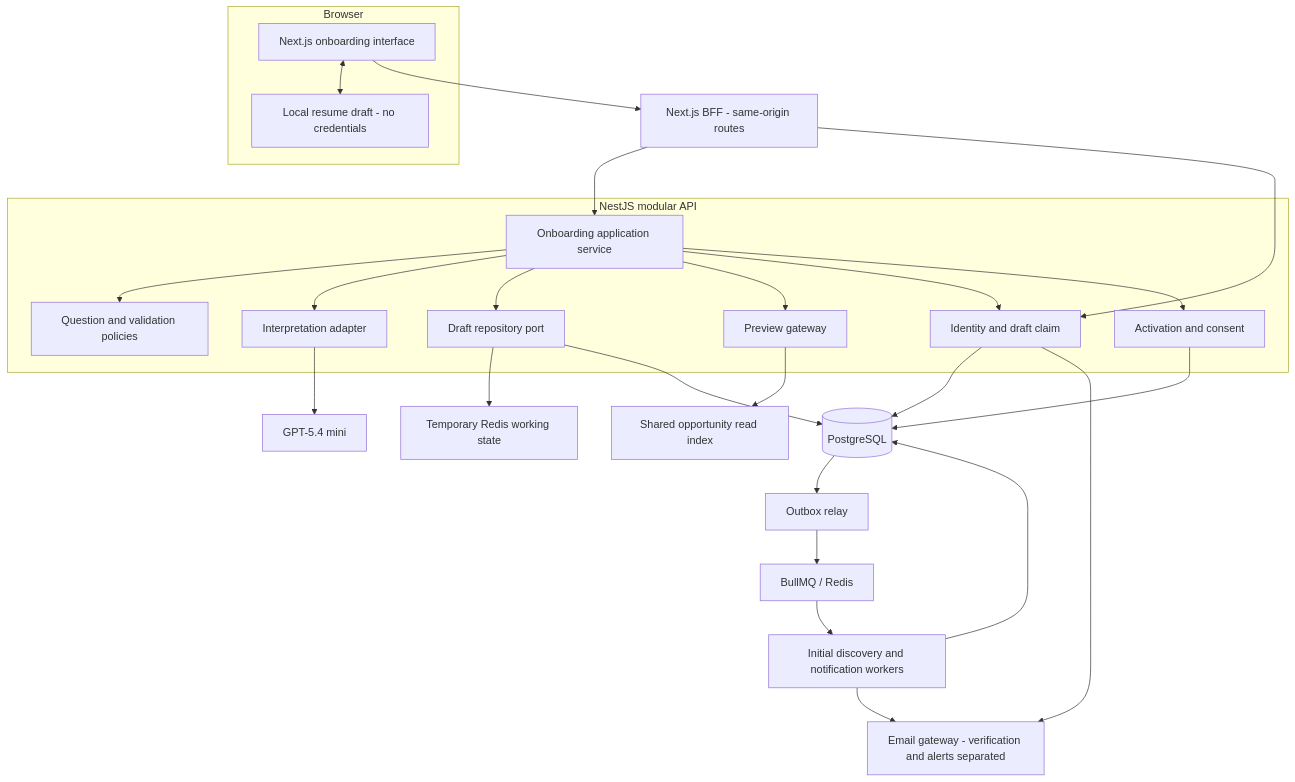
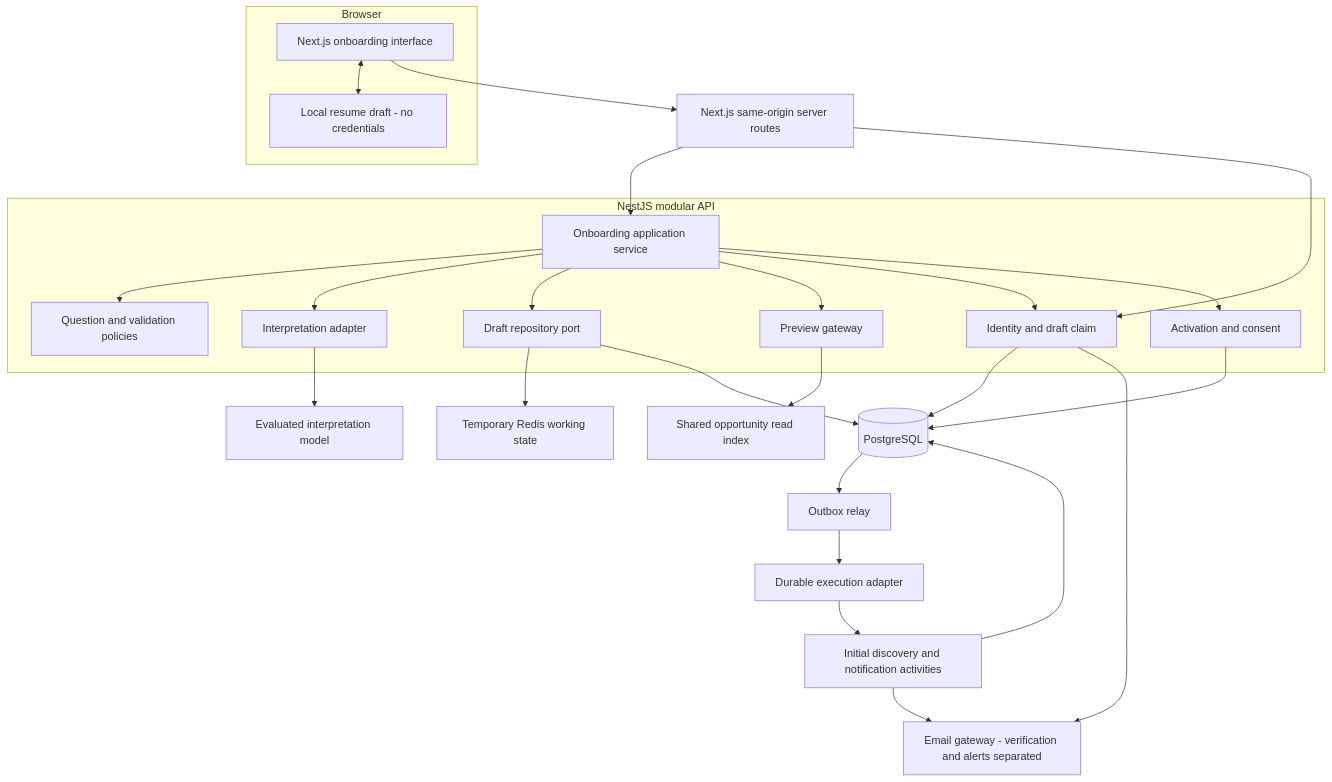
One commit to VictorOluwaseun/scoutalert changed the first of 2 diagrams in docs/architecture/scoutalert-onboarding-architecture-v0.1.md. Above: the diagram before and after it, drawn with Mermaid. The commit also changed other lines of this file and 9 other files, not shown here.

Commit message:
docs: align platform scope architecture and engineering standards

````diff
--- a/docs/architecture/scoutalert-onboarding-architecture-v0.1.md
+++ b/docs/architecture/scoutalert-onboarding-architecture-v0.1.md
@@ -32,39 +36,39 @@
 ```mermaid
 flowchart TB
     subgraph Client[Browser]
         UI[Next.js onboarding interface]
         LOCAL[Local resume draft - no credentials]
         UI <--> LOCAL
     end
-    BFF[Next.js BFF - same-origin routes]
-    UI --> BFF
+    SERVER[Next.js same-origin server routes]
+    UI --> SERVER
     subgraph API[NestJS modular API]
         ORCH[Onboarding application service]
         POLICY[Question and validation policies]
         MODEL[Interpretation adapter]
         DRAFT[Draft repository port]
         PREVIEW[Preview gateway]
         IDENTITY[Identity and draft claim]
         ACTIVATE[Activation and consent]
         ORCH --> POLICY
         ORCH --> MODEL
         ORCH --> DRAFT
         ORCH --> PREVIEW
         ORCH --> IDENTITY
         ORCH --> ACTIVATE
     end
-    BFF --> ORCH
-    BFF --> IDENTITY
-    MODEL --> LLM[GPT-5.4 mini]
+    SERVER --> ORCH
+    SERVER --> IDENTITY
+    MODEL --> LLM[Evaluated interpretation model]
     DRAFT --> TEMP[Temporary Redis working state]
     DRAFT --> PG[(PostgreSQL)]
     IDENTITY --> PG
     IDENTITY --> MAIL[Email gateway - verification and alerts separated]
     ACTIVATE --> PG
     PREVIEW --> INDEX[Shared opportunity read index]
     PG --> RELAY[Outbox relay]
-    RELAY --> QUEUE[BullMQ / Redis]
-    QUEUE --> WORKERS[Initial discovery and notification workers]
+    RELAY --> EXEC[Durable execution adapter]
+    EXEC --> WORKERS[Initial discovery and notification activities]
     WORKERS --> PG
     WORKERS --> MAIL
 ```
````
